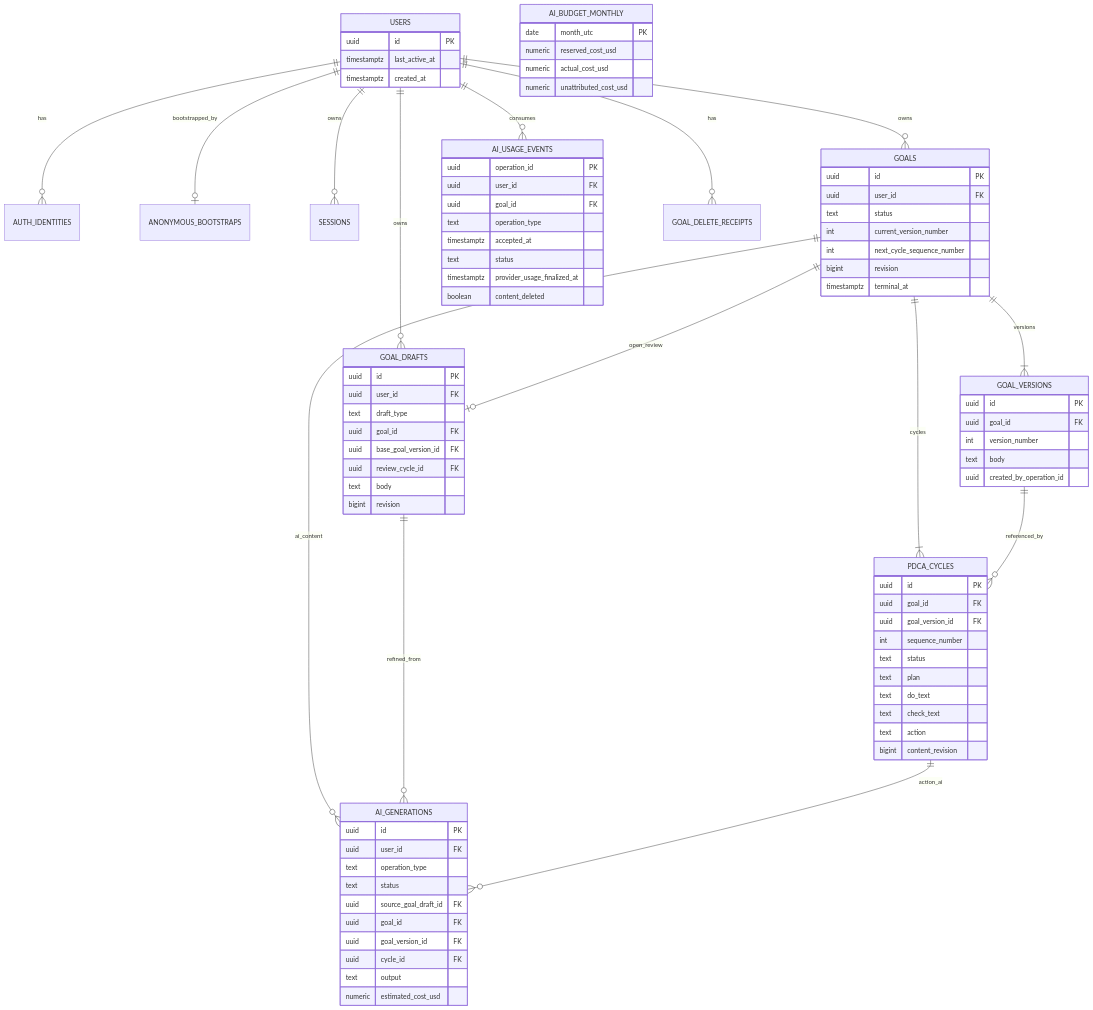
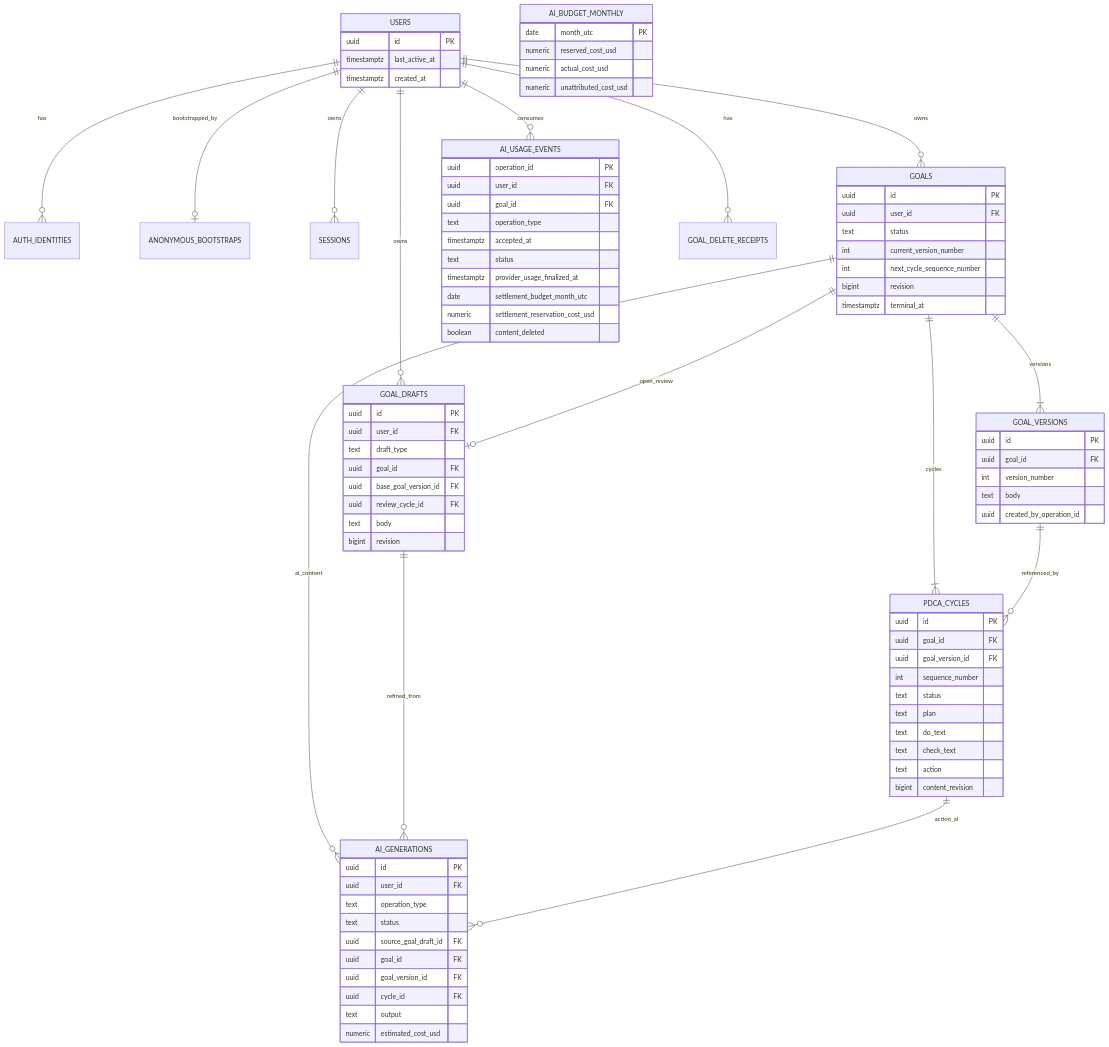
The sixth of 12 diagrams in docs/design.md (fukamu/cycle), drawn with Mermaid before and after one commit. The commit also changed other lines of this file and 38 other files, not shown here.

```diff
--- a/docs/design.md
+++ b/docs/design.md
@@ -1823,6 +1840,8 @@
       timestamptz accepted_at
       text status
       timestamptz provider_usage_finalized_at
+      date settlement_budget_month_utc
+      numeric settlement_reservation_cost_usd
       boolean content_deleted
     }
     AI_BUDGET_MONTHLY {
```
